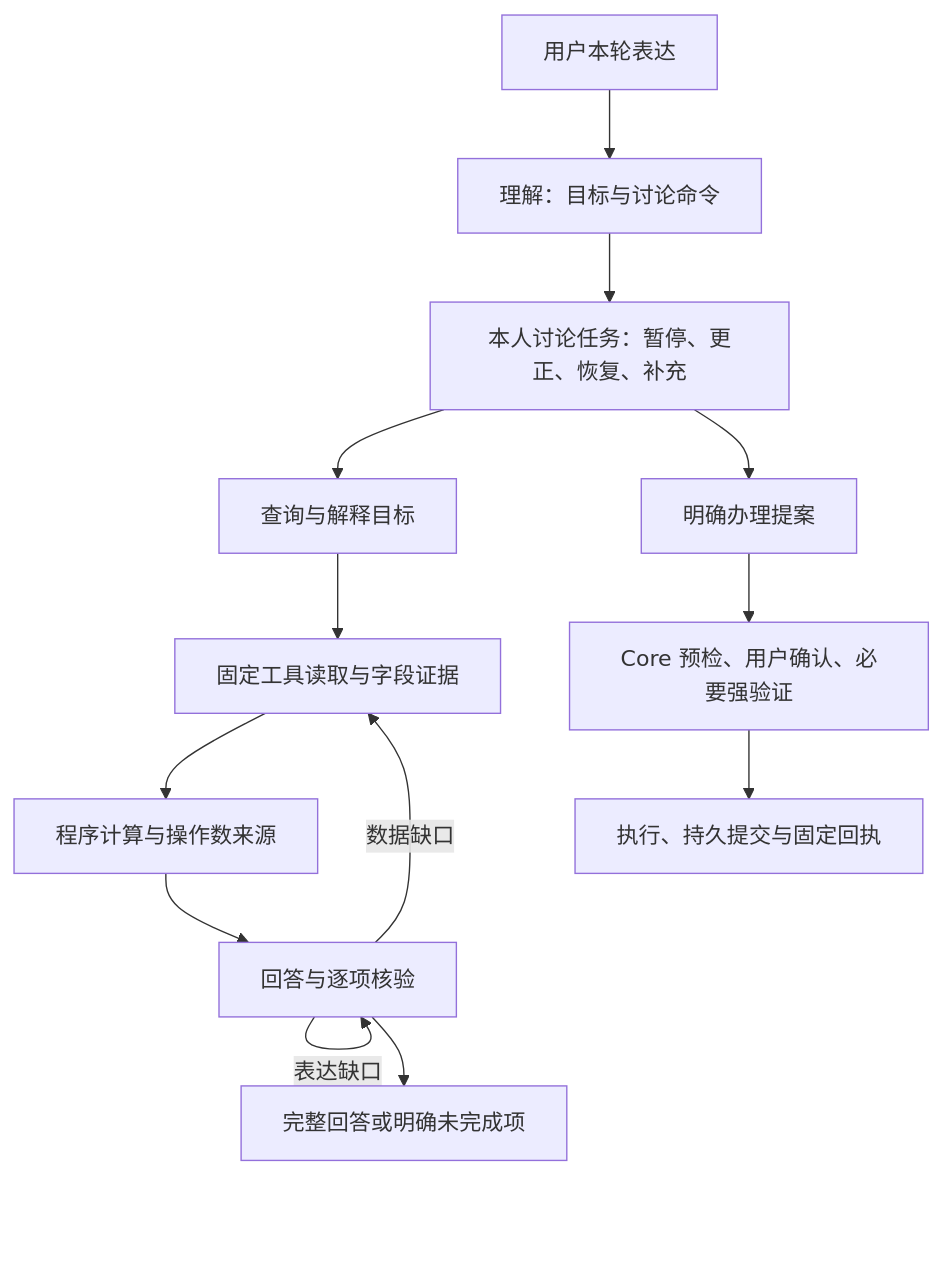
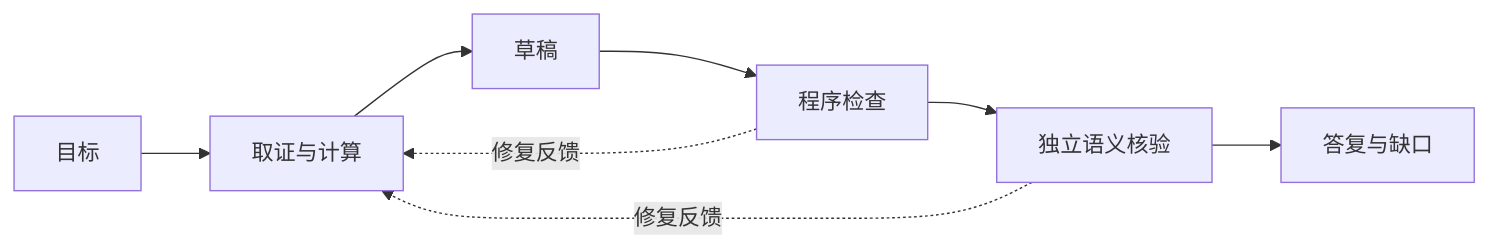
Before and after one commit to Zagadka-3906/ai-banking-agent: the diagram in docs/对话可靠性改造.md, drawn with Mermaid. The commit also changed other lines of this file and 46 other files, not shown here.

Commit message:
重写项目公开文档并完善首页图文展示

````diff
--- a/docs/对话可靠性改造.md
+++ b/docs/对话可靠性改造.md
@@ -7,15 +30,10 @@
 ```mermaid
-flowchart TD
-    U[用户本轮表达] --> N[理解：目标与讨论命令]
-    N --> D[本人讨论任务：暂停、更正、恢复、补充]
-    D --> Q[查询与解释目标]
-    D --> P[明确办理提案]
-    Q --> E[固定工具读取与字段证据]
-    E --> C[程序计算与操作数来源]
-    C --> A[回答与逐项核验]
-    A -->|数据缺口| E
-    A -->|表达缺口| A
-    A --> R[完整回答或明确未完成项]
-    P --> B[Core 预检、用户确认、必要强验证]
-    B --> W[执行、持久提交与固定回执]
+flowchart LR
+    T[目标] --> E[取证与计算]
+    E --> D[草稿]
+    D --> C[程序检查]
+    C --> V[独立语义核验]
+    V --> R[答复与缺口]
+    C -. 修复反馈 .-> E
+    V -. 修复反馈 .-> E
 ```
````
